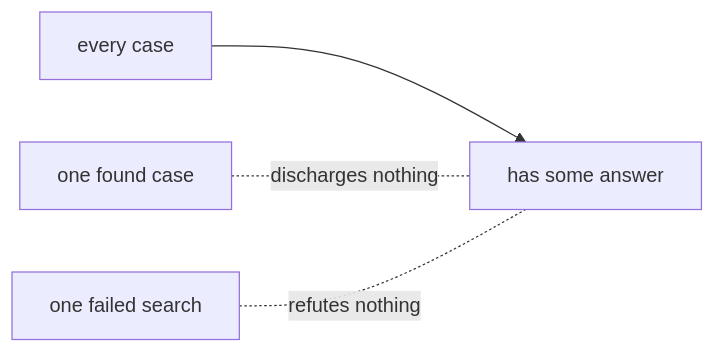
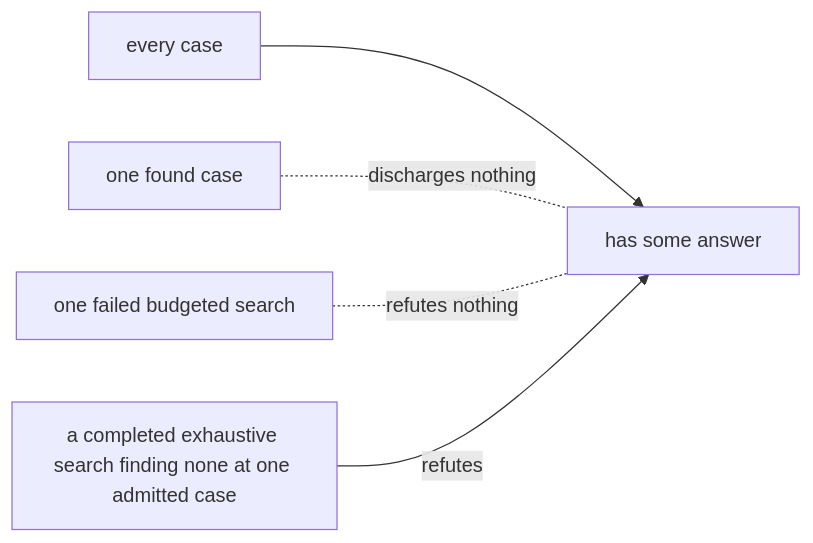
Before and after one commit to KonomiYuzu01/Magic-600-Cell: the diagram in docs/progress/1.0/glossary/diagrams/mixed-statement.mmd, drawn with Mermaid. The commit also changed 40 other files, not shown here.

```diff
--- a/docs/progress/1.0/glossary/diagrams/mixed-statement.mmd
+++ b/docs/progress/1.0/glossary/diagrams/mixed-statement.mmd
@@ -1,4 +1,5 @@
 flowchart LR
   E[every case] --> S[has some answer]
   F[one found case] -. discharges nothing .- S
-  X[one failed search] -. refutes nothing .- S
+  X[one failed budgeted search] -. refutes nothing .- S
+  C[a completed exhaustive search finding none at one admitted case] -->|refutes| S
```
